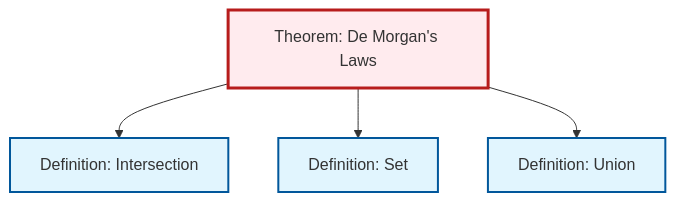
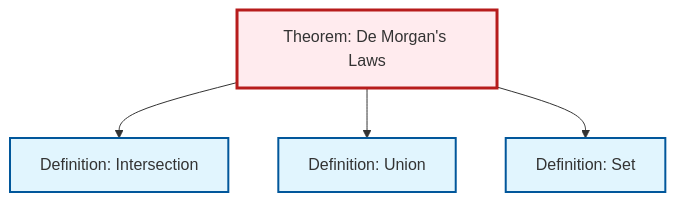
The diagram in content/en/logic-set-theory/thm-de-morgan.qmd (RK0429/ModernMath), drawn with Mermaid before and after one commit. The commit also changed other lines of this file and 531 other files, not shown here.

````diff
--- a/content/en/logic-set-theory/thm-de-morgan.qmd
+++ b/content/en/logic-set-theory/thm-de-morgan.qmd
@@ -78,20 +78,20 @@
 ```{mermaid}
 %%| fig-cap: "Local dependency graph"
 graph TD
     classDef definition fill:#e1f5fe,stroke:#01579b,stroke-width:2px
     classDef theorem fill:#f3e5f5,stroke:#4a148c,stroke-width:2px
     classDef axiom fill:#fff3e0,stroke:#e65100,stroke-width:2px
     classDef example fill:#e8f5e9,stroke:#1b5e20,stroke-width:2px
     classDef current fill:#ffebee,stroke:#b71c1c,stroke-width:3px
     def-set["Definition: Set"]:::definition
+    def-intersection["Definition: Intersection"]:::definition
     thm-de-morgan["Theorem: De Morgan's Laws"]:::theorem
-    def-intersection["Definition: Intersection"]:::definition
     def-union["Definition: Union"]:::definition
     thm-de-morgan --> def-intersection
+    thm-de-morgan --> def-union
     thm-de-morgan --> def-set
-    thm-de-morgan --> def-union
     class thm-de-morgan current
     click def-set "def-set.html" "Go to Set definition"
     click def-intersection "def-intersection.html" "Go to Intersection definition"
     click def-union "def-union.html" "Go to Union definition"
 ```
````
